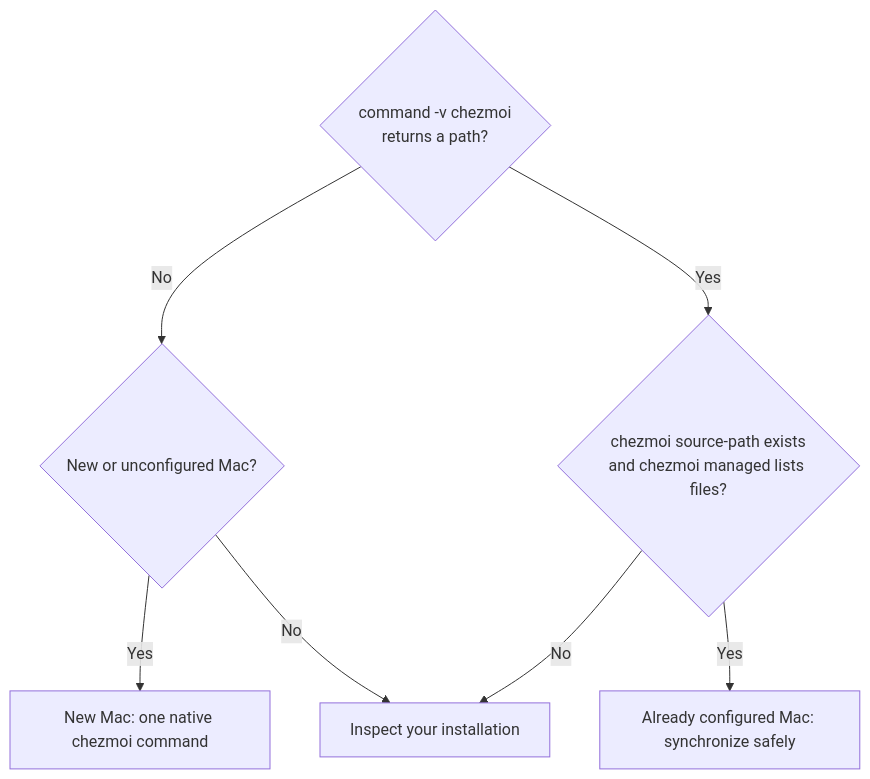
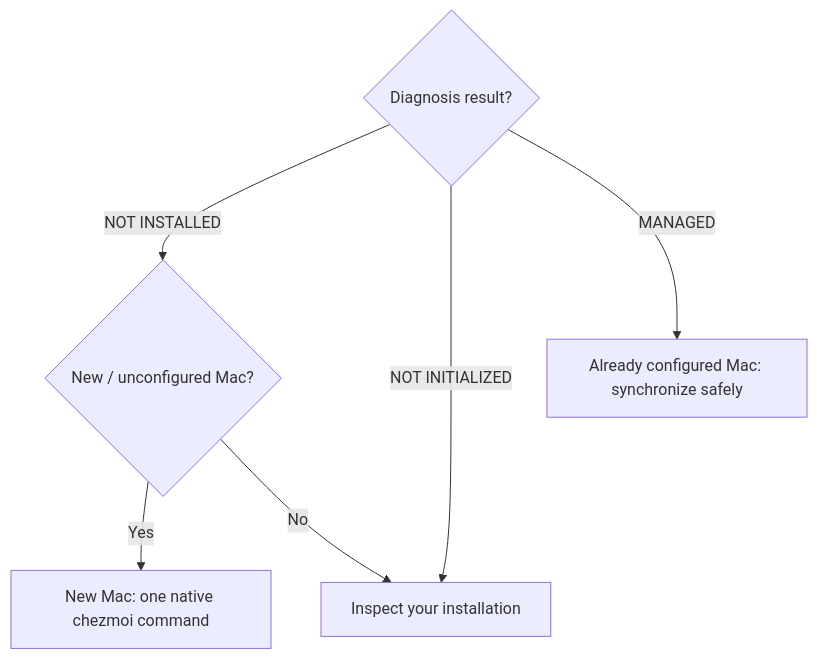
The diagram in docs/setup.md (ArthurZakirov/dotfiles), drawn with Mermaid before and after one commit. The commit also changed other lines of this file, not shown here.

Commit message:
Make setup diagnosis copyable and simplify Mermaid decisions

````diff
--- a/docs/setup.md
+++ b/docs/setup.md
@@ -7,13 +23,12 @@
 ```mermaid
 flowchart TD
-    A{"command -v chezmoi<br/>returns a path?"}
-    A -- No --> B{"New or unconfigured Mac?"}
+    A{"Diagnosis result?"}
+    A -- "NOT INSTALLED" --> B{"New / unconfigured Mac?"}
+    A -- "NOT INITIALIZED" --> INSPECT["Inspect your installation"]
+    A -- "MANAGED" --> SYNC["Already configured Mac: synchronize safely"]
     B -- Yes --> NEW["New Mac: one native chezmoi command"]
-    B -- No --> INSPECT["Inspect your installation"]
-    A -- Yes --> C{"chezmoi source-path exists<br/>and chezmoi managed lists files?"}
-    C -- Yes --> SYNC["Already configured Mac: synchronize safely"]
-    C -- No --> INSPECT
+    B -- No --> INSPECT
     click NEW "#new-mac-one-native-chezmoi-command" "New Mac: one native chezmoi command"
     click INSPECT "#inspect-your-installation" "Inspect your installation"
     click SYNC "#already-configured-mac-synchronize-safely" "Already configured Mac: synchronize safely"
 ```
````
